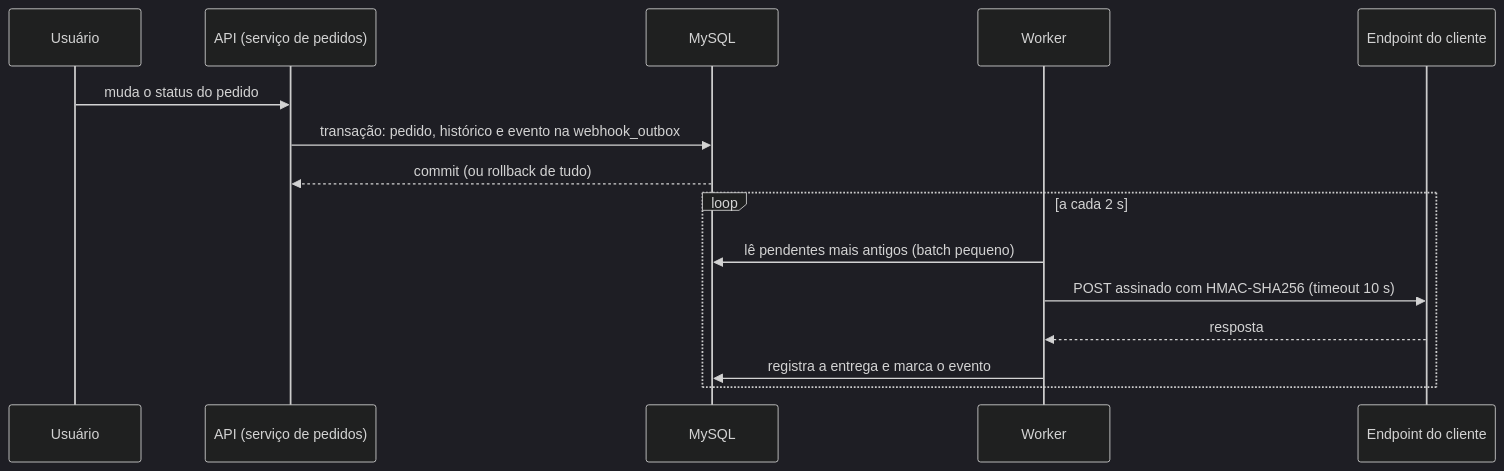
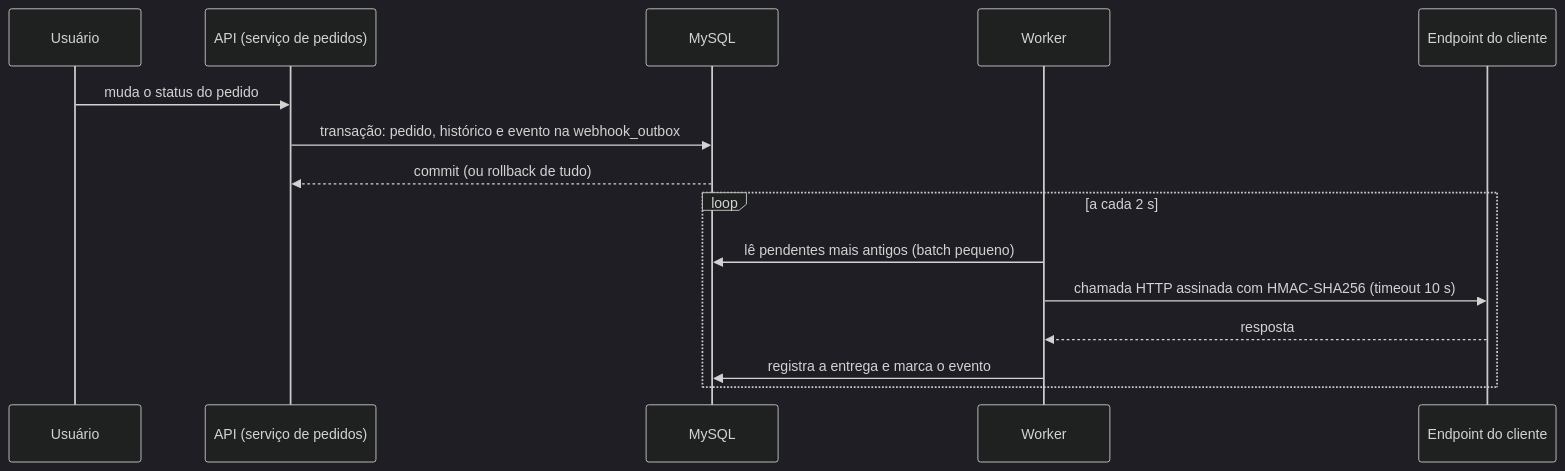
One commit to thorlan/mba-ia-desafio-design-docs-com-ia changed the first of 2 diagrams in docs/FDD.md. Above: the diagram before and after it, drawn with Mermaid (dark theme). The commit also changed other lines of this file and 8 other files, not shown here.

````diff
--- a/docs/FDD.md
+++ b/docs/FDD.md
@@ -90,17 +90,17 @@
 ```mermaid
 sequenceDiagram
     participant U as Usuário
     participant API as API (serviço de pedidos)
     participant DB as MySQL
     participant W as Worker
     participant C as Endpoint do cliente
     U->>API: muda o status do pedido
     API->>DB: transação: pedido, histórico e evento na webhook_outbox
     DB-->>API: commit (ou rollback de tudo)
     loop a cada 2 s
         W->>DB: lê pendentes mais antigos (batch pequeno)
-        W->>C: POST assinado com HMAC-SHA256 (timeout 10 s)
+        W->>C: chamada HTTP assinada com HMAC-SHA256 (timeout 10 s)
         C-->>W: resposta
         W->>DB: registra a entrega e marca o evento
     end
 ```
````
